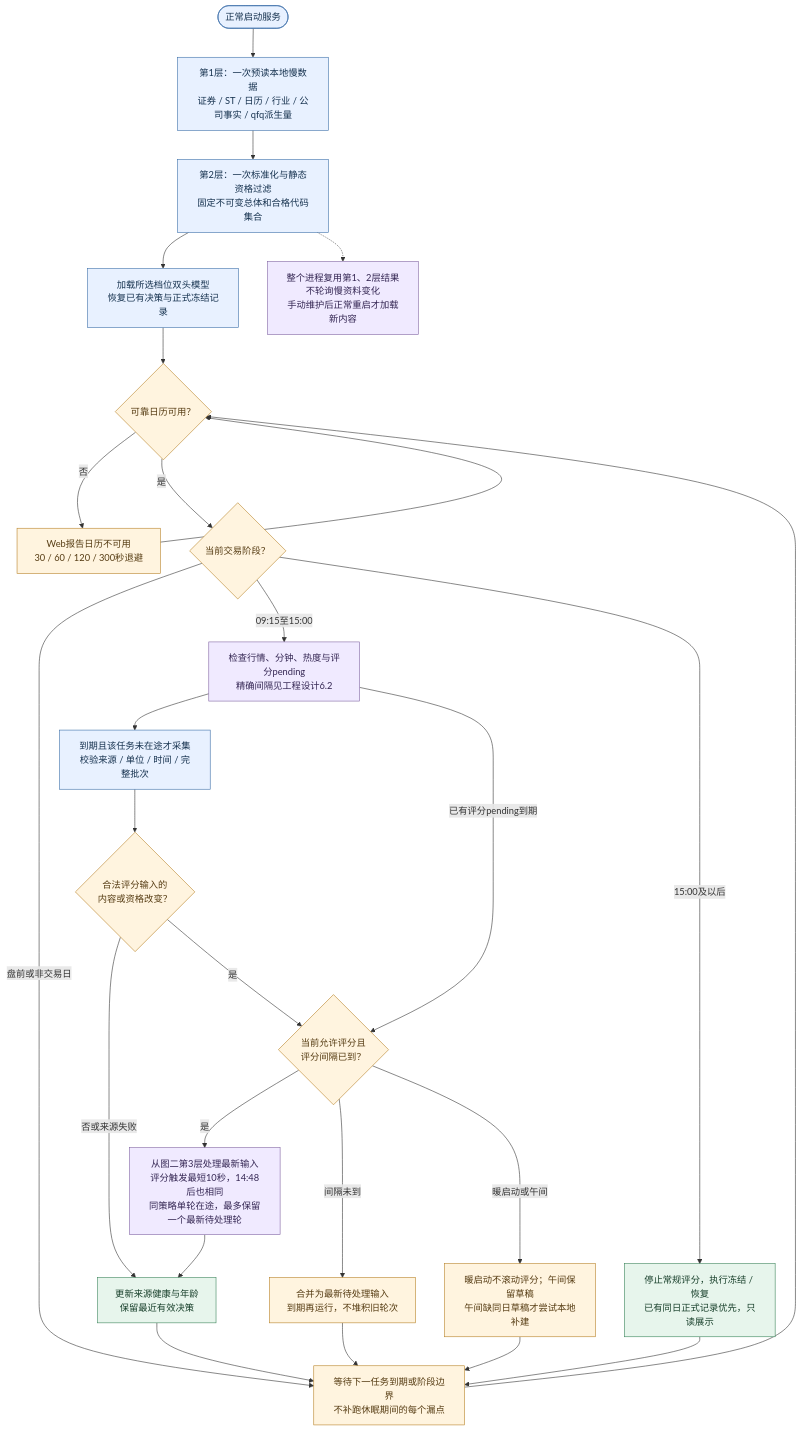
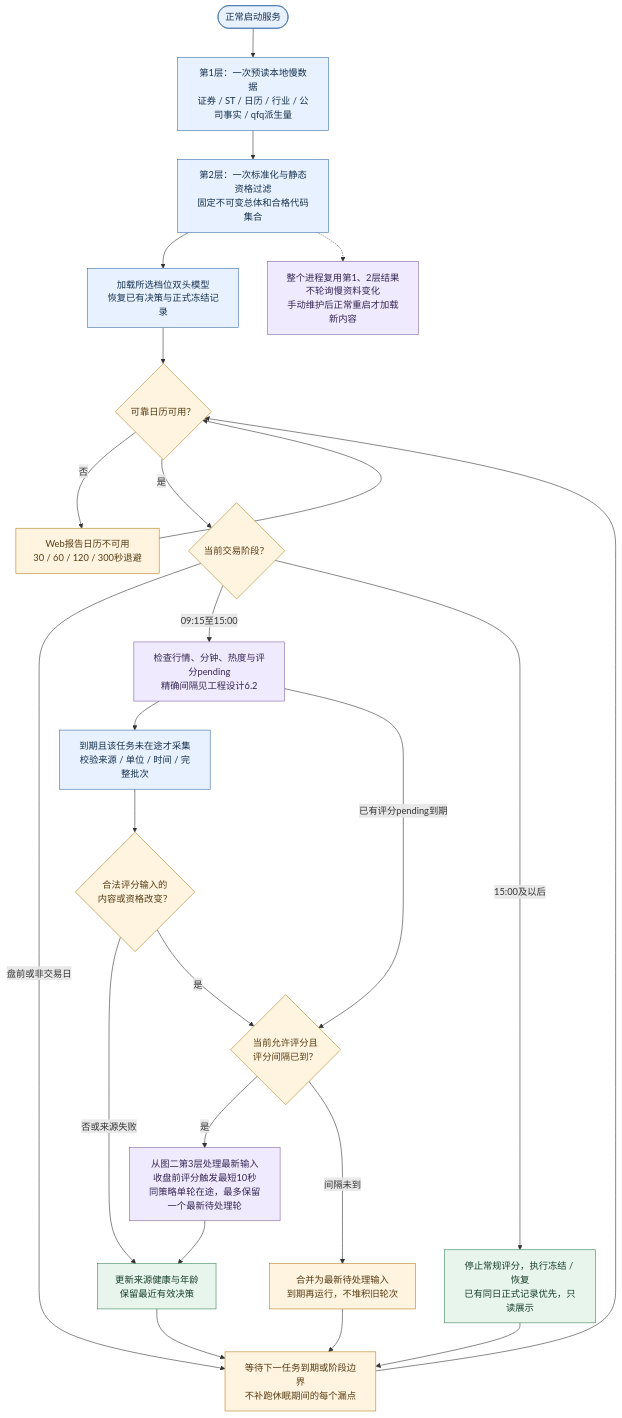
The first of 3 diagrams in docs/1_评分逻辑.md (373699756/trader), drawn with Mermaid before and after one commit. The commit also changed other lines of this file and 38 other files, not shown here.

````diff
--- a/docs/1_评分逻辑.md
+++ b/docs/1_评分逻辑.md
@@ -35,36 +35,34 @@
 ```mermaid
 flowchart TD
     Start(["正常启动服务"]) --> Load["第1层：一次预读本地慢数据<br/>证券 / ST / 日历 / 行业 / 公司事实 / qfq派生量"]
     Load --> Static["第2层：一次标准化与静态资格过滤<br/>固定不可变总体和合格代码集合"]
     Static --> Restore["加载所选档位双头模型<br/>恢复已有决策与正式冻结记录"]
     Restore --> Clock{"可靠日历可用？"}
     Clock -->|否| Calendar["Web报告日历不可用<br/>30 / 60 / 120 / 300秒退避"]
     Calendar --> Clock
     Clock -->|是| Phase{"当前交易阶段？"}
     Phase -->|盘前或非交易日| Wait["等待下一任务到期或阶段边界<br/>不补跑休眠期间的每个漏点"]
     Phase -->|09:15至15:00| Due["检查行情、分钟、热度与评分pending<br/>精确间隔见工程设计6.2"]
     Due --> Input["到期且该任务未在途才采集<br/>校验来源 / 单位 / 时间 / 完整批次"]
     Input --> Change{"合法评分输入的<br/>内容或资格改变？"}
     Change -->|否或来源失败| Keep["更新来源健康与年龄<br/>保留最近有效决策"]
     Change -->|是| Gate{"当前允许评分且<br/>评分间隔已到？"}
     Due -->|已有评分pending到期| Gate
-    Gate -->|是| Run["从图二第3层处理最新输入<br/>评分触发最短10秒，14:48后也相同<br/>同策略单轮在途，最多保留一个最新待处理轮"]
+    Gate -->|是| Run["从图二第3层处理最新输入<br/>收盘前评分触发最短10秒<br/>同策略单轮在途，最多保留一个最新待处理轮"]
     Gate -->|间隔未到| Pending["合并为最新待处理输入<br/>到期再运行，不堆积旧轮次"]
-    Gate -->|暖启动或午间| Hold["暖启动不滚动评分；午间保留草稿<br/>午间缺同日草稿才尝试本地补建"]
     Run --> Keep
     Pending --> Wait
-    Hold --> Wait
     Keep --> Wait
     Wait --> Clock
     Phase -->|15:00及以后| Close["停止常规评分，执行冻结 / 恢复<br/>已有同日正式记录优先，只读展示"]
     Close --> Wait
     Static -.-> Reuse["整个进程复用第1、2层结果<br/>不轮询慢资料变化<br/>手动维护后正常重启才加载新内容"]
     classDef input fill:#e8f1ff,stroke:#3b6ea8,color:#16324f;
     classDef work fill:#f0eaff,stroke:#8064a2,color:#342653;
     classDef result fill:#e7f5ec,stroke:#39845a,color:#173f2a;
     classDef gate fill:#fff4df,stroke:#b78126,color:#563c13;
     class Start,Load,Static,Restore,Input input;
     class Due,Run,Reuse work;
     class Keep,Close result;
-    class Clock,Phase,Change,Gate,Calendar,Pending,Hold,Wait gate;
+    class Clock,Phase,Change,Gate,Calendar,Pending,Wait gate;
 ```
````
